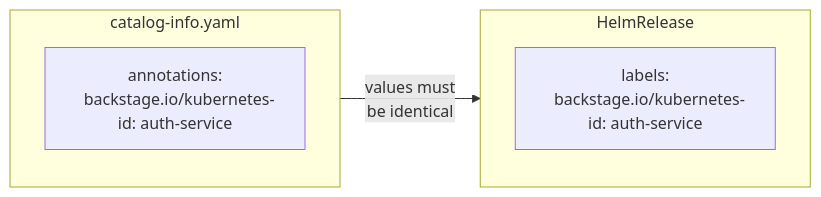
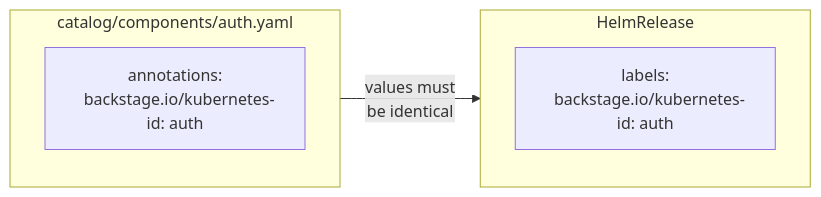
The third of 3 diagrams in docs/flux-integration.md (duynhlab/backstage), drawn with Mermaid before and after one commit. The commit also changed other lines of this file and 2 other files, not shown here.

````diff
--- a/docs/flux-integration.md
+++ b/docs/flux-integration.md
@@ -127,10 +123,10 @@
 ```mermaid
 flowchart LR
-    subgraph serviceRepo ["catalog-info.yaml"]
-        A["annotations:\n  backstage.io/kubernetes-id: auth-service"]
+    subgraph catalogEntity ["catalog/components/auth.yaml"]
+        A["annotations:\n  backstage.io/kubernetes-id: auth"]
     end
     subgraph helmRelease ["HelmRelease"]
-        B["labels:\n  backstage.io/kubernetes-id: auth-service"]
+        B["labels:\n  backstage.io/kubernetes-id: auth"]
     end
-    serviceRepo -->|"values must\nbe identical"| helmRelease
+    catalogEntity -->|"values must\nbe identical"| helmRelease
 ```
````
